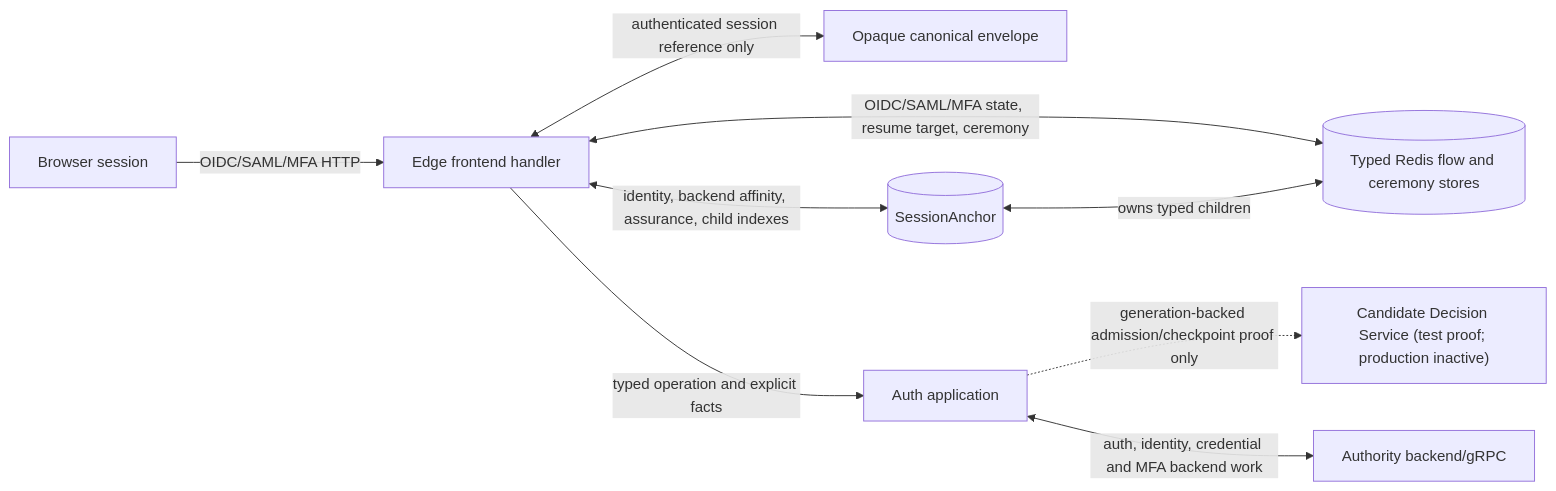
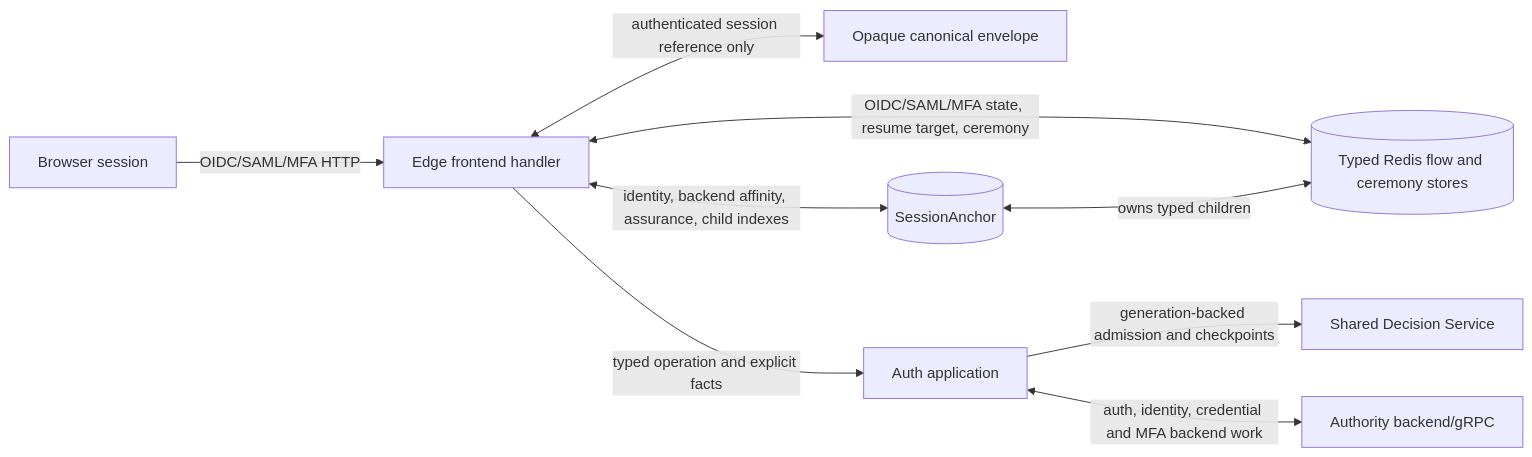
One commit to croessner/nauthilus changed the first of 9 diagrams in server/docs/development/idp-mfa-flow.md. Above: the diagram before and after it, drawn with Mermaid. The commit also changed other lines of this file and 579 other files, not shown here.

````diff
--- a/server/docs/development/idp-mfa-flow.md
+++ b/server/docs/development/idp-mfa-flow.md
@@ -67,21 +65,21 @@
 ```mermaid
 flowchart LR
   Browser["Browser session"]
   Edge["Edge frontend handler"]
   Envelope["Opaque canonical envelope"]
   Anchor[(SessionAnchor)]
   EdgeRedis[(Typed Redis flow and ceremony stores)]
   App["Auth application"]
-  Decision["Candidate Decision Service (test proof; production inactive)"]
+  Decision["Shared Decision Service"]
   Authority["Authority backend/gRPC"]
 
   Browser -->|"OIDC/SAML/MFA HTTP"| Edge
   Edge <-->|"authenticated session reference only"| Envelope
   Edge <-->|"identity, backend affinity, assurance, child indexes"| Anchor
   Edge <-->|"OIDC/SAML/MFA state, resume target, ceremony"| EdgeRedis
   Edge -->|"typed operation and explicit facts"| App
-  App -.->|"generation-backed admission/checkpoint proof only"| Decision
+  App -->|"generation-backed admission and checkpoints"| Decision
   App <-->|"auth, identity, credential and MFA backend work"| Authority
 
   Anchor <-->|"owns typed children"| EdgeRedis
 ```
````
